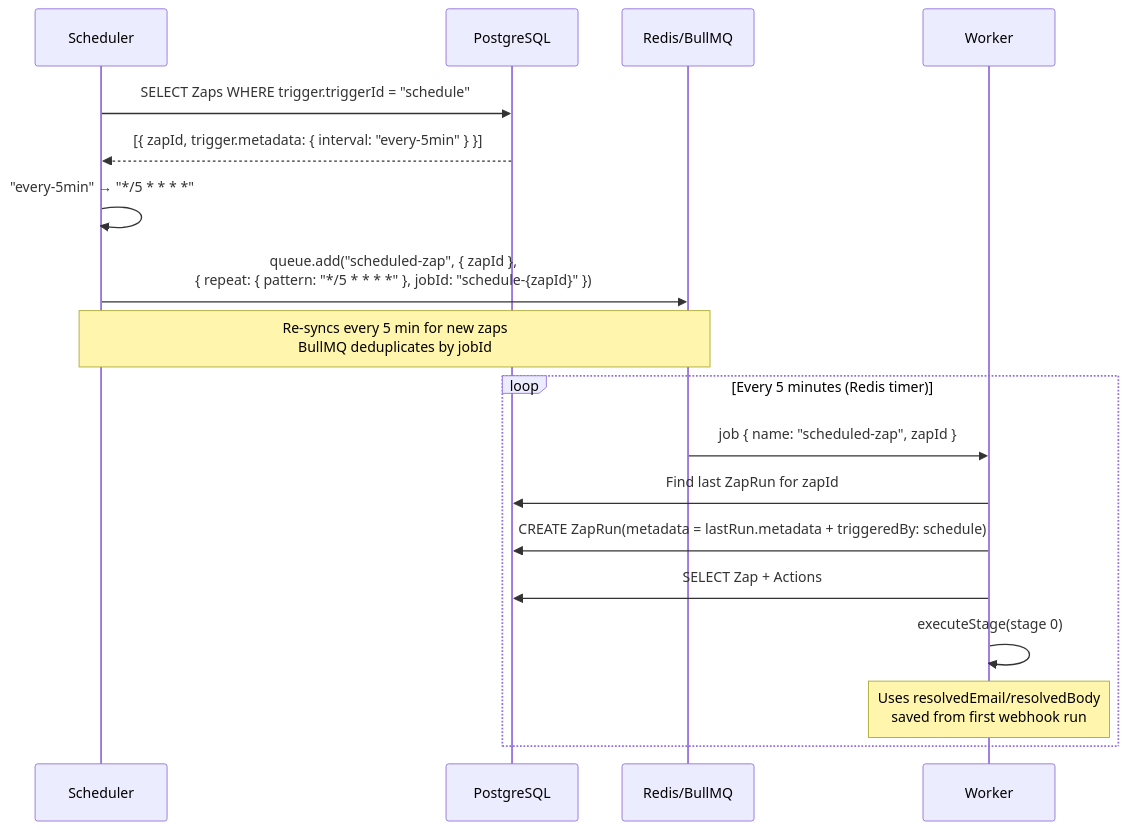
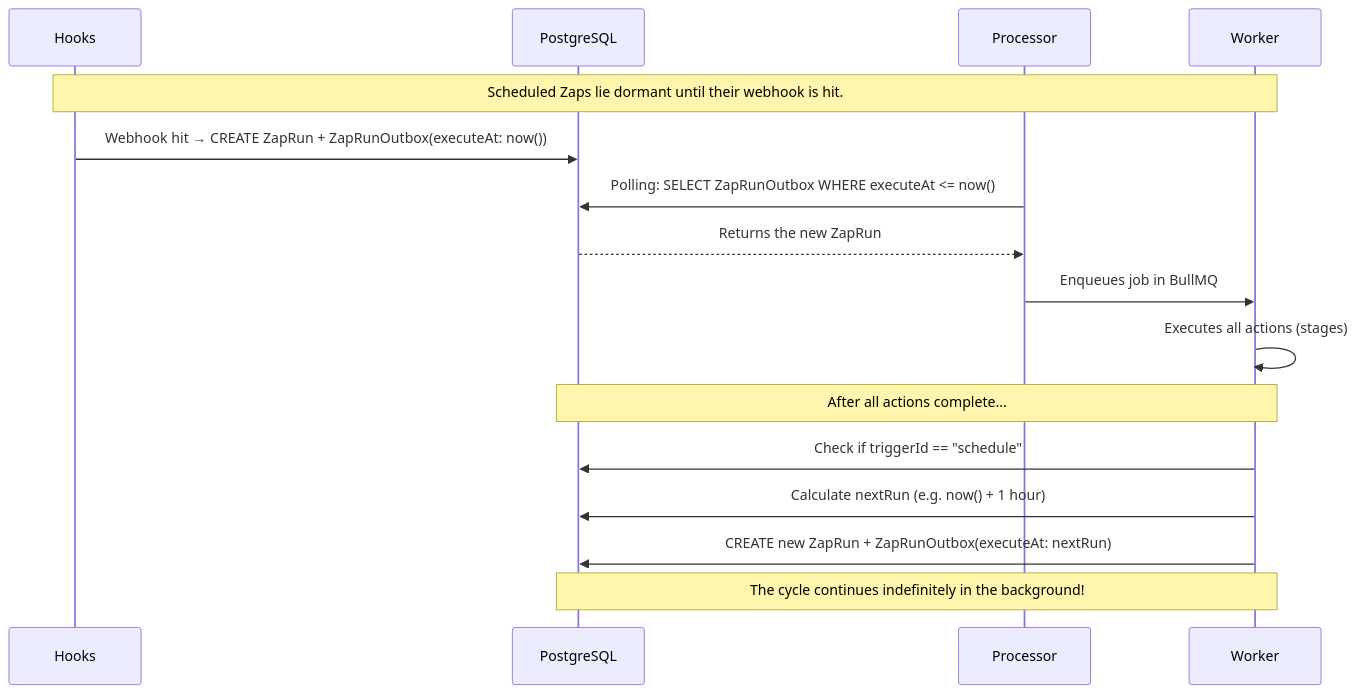
The third of 4 diagrams in README.md (CodeXJainTech/Zap-project), drawn with Mermaid before and after one commit. The commit also changed other lines of this file and 17 other files, not shown here.

````diff
--- a/README.md
+++ b/README.md
@@ -84,22 +83,19 @@
 ```mermaid
 sequenceDiagram
-    participant SC as Scheduler
+    participant HK as Hooks
     participant DB as PostgreSQL
-    participant RD as Redis/BullMQ
+    participant PR as Processor
     participant WK as Worker
 
-    SC->>DB: SELECT Zaps WHERE trigger.triggerId = "schedule"
-    DB-->>SC: [{ zapId, trigger.metadata: { interval: "every-5min" } }]
-    SC->>SC: "every-5min" → "*/5 * * * *"
-    SC->>RD: queue.add("scheduled-zap", { zapId },<br/>{ repeat: { pattern: "*/5 * * * *" }, jobId: "schedule-{zapId}" })
-    Note over SC,RD: Re-syncs every 5 min for new zaps<br/>BullMQ deduplicates by jobId
-
-    loop Every 5 minutes (Redis timer)
-        RD->>WK: job { name: "scheduled-zap", zapId }
-        WK->>DB: Find last ZapRun for zapId
-        WK->>DB: CREATE ZapRun(metadata = lastRun.metadata + triggeredBy: schedule)
-        WK->>DB: SELECT Zap + Actions
-        WK->>WK: executeStage(stage 0)
-        Note over WK: Uses resolvedEmail/resolvedBody<br/>saved from first webhook run
-    end
+    Note over HK,WK: Scheduled Zaps lie dormant until their webhook is hit.
+    HK->>DB: Webhook hit → CREATE ZapRun + ZapRunOutbox(executeAt: now())
+    PR->>DB: Polling: SELECT ZapRunOutbox WHERE executeAt <= now()
+    DB-->>PR: Returns the new ZapRun
+    PR->>WK: Enqueues job in BullMQ
+    WK->>WK: Executes all actions (stages)
+    Note over WK,DB: After all actions complete...
+    WK->>DB: Check if triggerId == "schedule"
+    WK->>DB: Calculate nextRun (e.g. now() + 1 hour)
+    WK->>DB: CREATE new ZapRun + ZapRunOutbox(executeAt: nextRun)
+    Note over DB,WK: The cycle continues indefinitely in the background!
 ```
````
